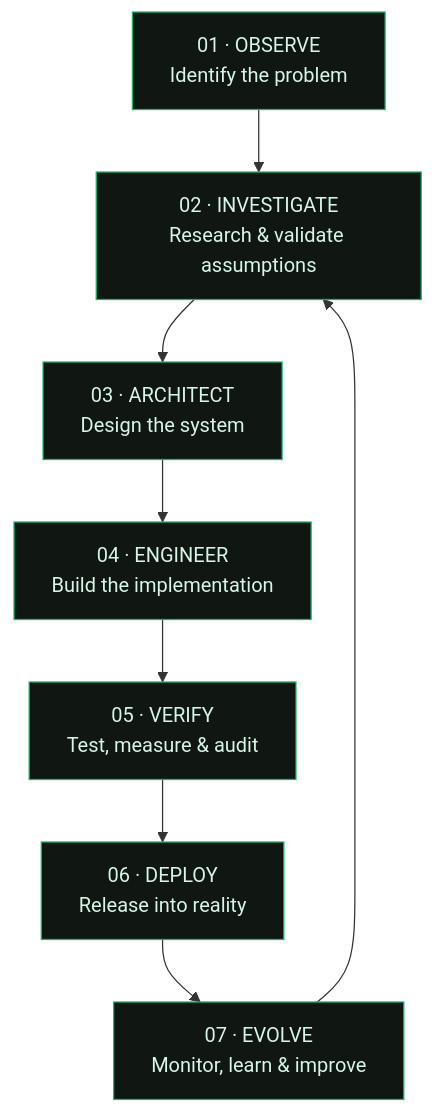
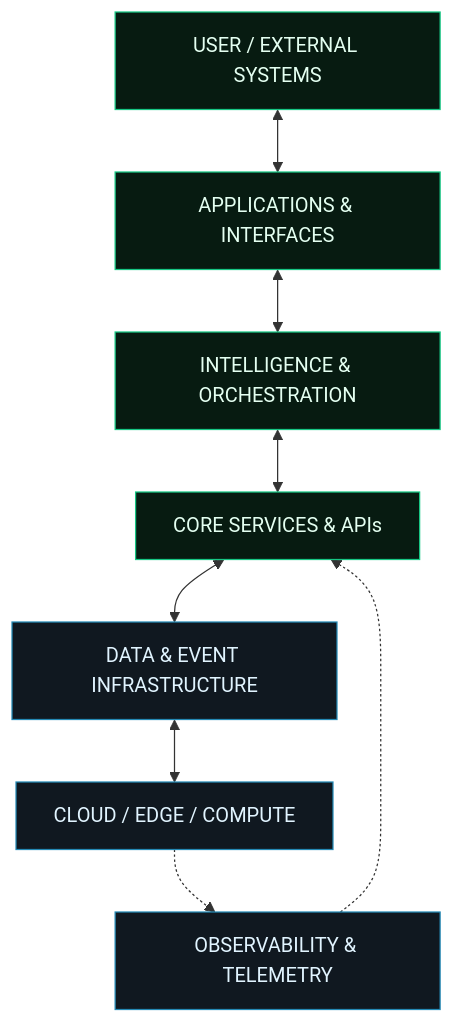
One commit to tlabsxten/.github changed the diagram in profile/README.md. Above: the diagram before and after it, drawn with Mermaid. The commit also changed other lines of this file, not shown here.

````diff
--- a/profile/README.md
+++ b/profile/README.md
@@ -266,13 +249,24 @@
 ```mermaid
-flowchart TD
-    A["01 · OBSERVE<br/>Identify the problem"] --> B["02 · INVESTIGATE<br/>Research & validate assumptions"]
-    B --> C["03 · ARCHITECT<br/>Design the system"]
-    C --> D["04 · ENGINEER<br/>Build the implementation"]
-    D --> E["05 · VERIFY<br/>Test, measure & audit"]
-    E --> F["06 · DEPLOY<br/>Release into reality"]
-    F --> G["07 · EVOLVE<br/>Monitor, learn & improve"]
-    G --> B
+flowchart TB
+    U["USER / EXTERNAL SYSTEMS"]
+    A["APPLICATIONS & INTERFACES"]
+    B["INTELLIGENCE & ORCHESTRATION"]
+    C["CORE SERVICES & APIs"]
+    D["DATA & EVENT INFRASTRUCTURE"]
+    E["CLOUD / EDGE / COMPUTE"]
 
-    classDef stage fill:#101713,stroke:#16B86B,color:#D8F5E5,stroke-width:1px
-    class A,B,C,D,E,F,G stage
+    U <--> A
+    A <--> B
+    B <--> C
+    C <--> D
+    D <--> E
+
+    E -.-> M["OBSERVABILITY & TELEMETRY"]
+    M -.-> C
+
+    classDef primary fill:#071B11,stroke:#16C784,color:#E4FFF1
+    classDef infra fill:#101820,stroke:#2489B5,color:#E1F4FF
+
+    class U,A,B,C primary
+    class D,E,M infra
 ```
````
